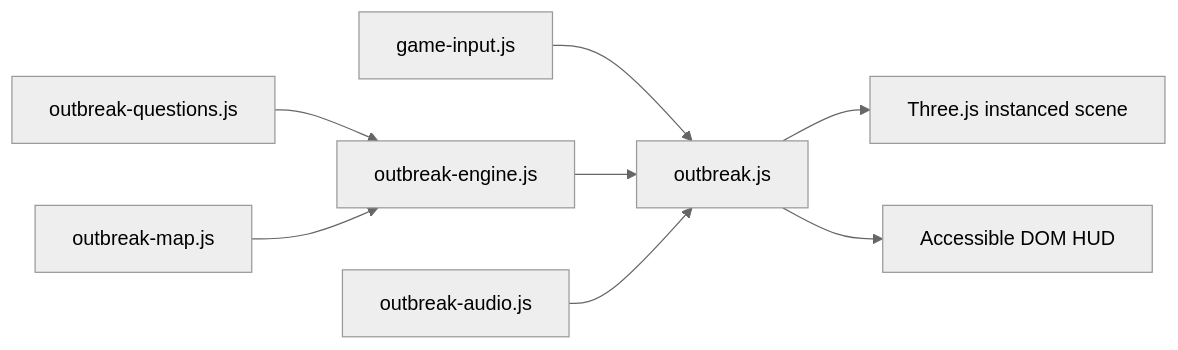
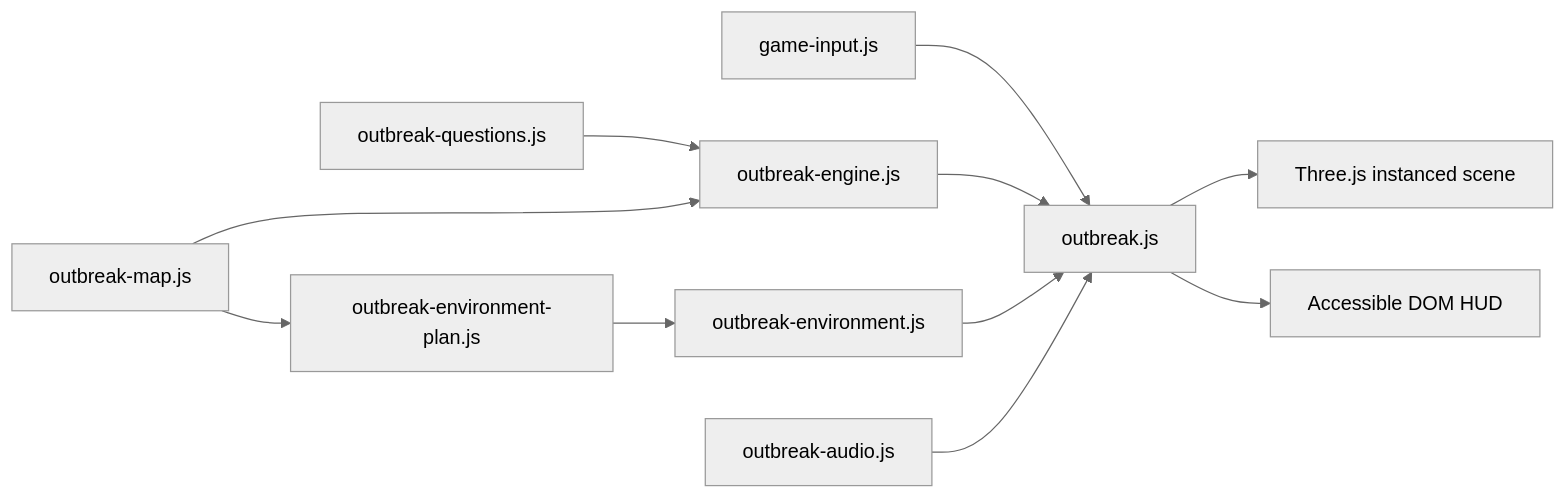
Before and after one commit to fahimc/questlearn-uk: the diagram in docs/games/maths-outbreak.md, drawn with Mermaid (neutral theme). The commit also changed other lines of this file and 11 other files, not shown here.

Commit message:
Brighten Maths Outbreak environment

````diff
--- a/docs/games/maths-outbreak.md
+++ b/docs/games/maths-outbreak.md
@@ -50,10 +54,13 @@
 ```mermaid
 flowchart LR
   Question[outbreak-questions.js] --> Rules[outbreak-engine.js]
   Map[outbreak-map.js] --> Rules
+  EnvironmentPlan[outbreak-environment-plan.js] --> Environment[outbreak-environment.js]
+  Map --> EnvironmentPlan
   Stick[game-input.js] --> Adapter[outbreak.js]
   Rules --> Adapter
+  Environment --> Adapter
   Adapter --> Scene[Three.js instanced scene]
   Adapter --> HUD[Accessible DOM HUD]
   Audio[outbreak-audio.js] --> Adapter
 ```
````
